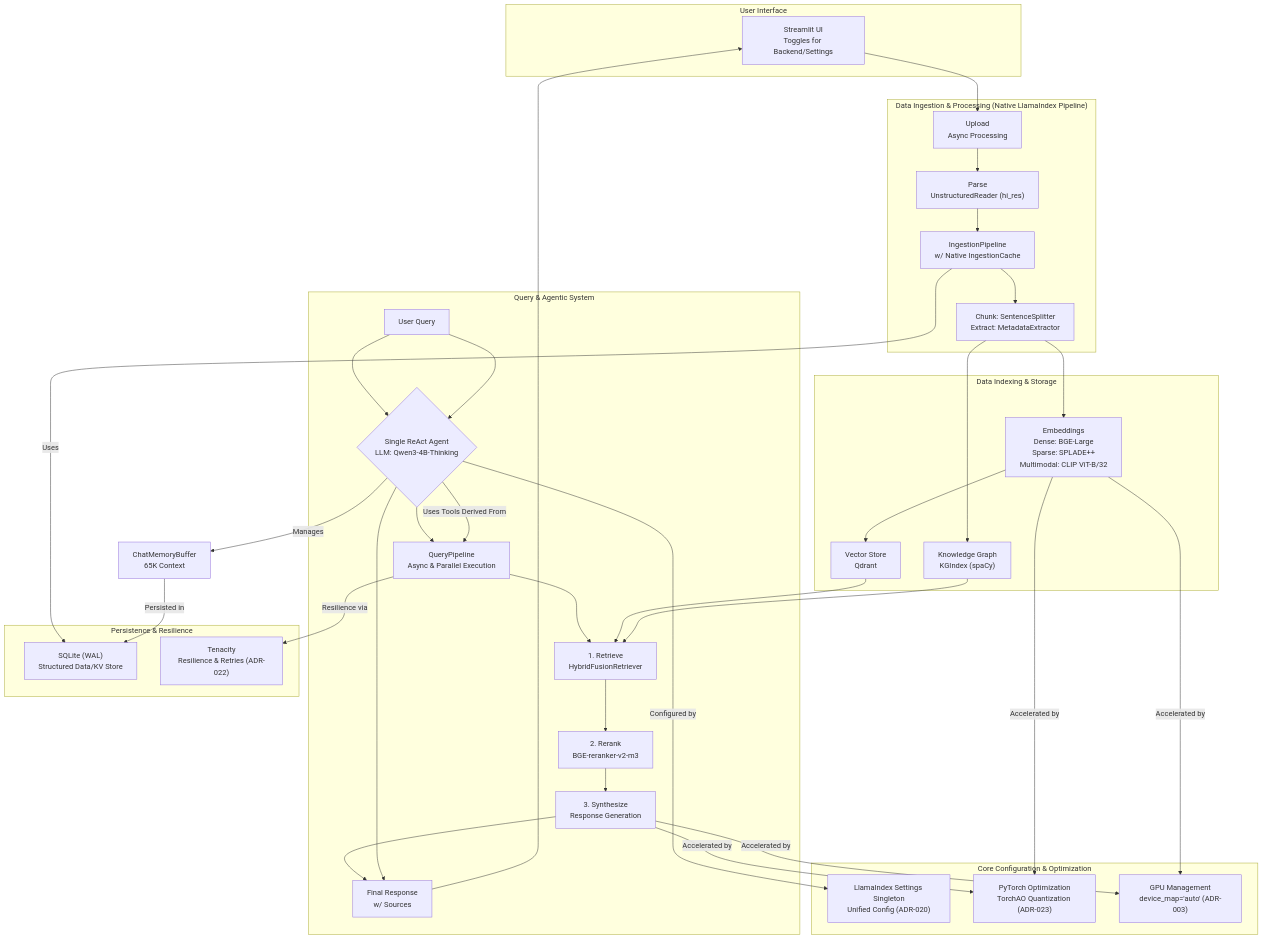
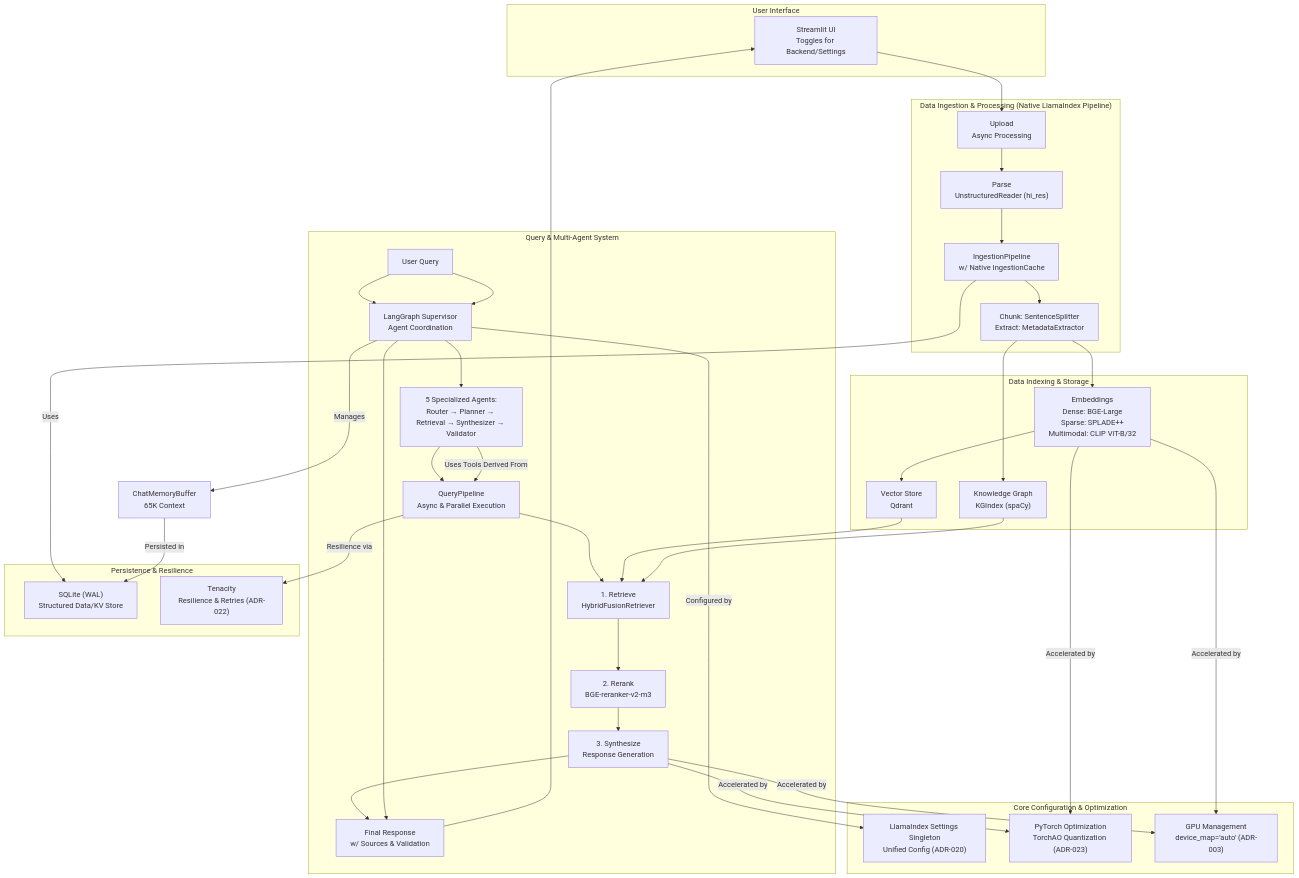
The diagram in docs/PRD.md (BjornMelin/docmind-ai-llm), drawn with Mermaid before and after one commit. The commit also changed other lines of this file and 1 other file, not shown here.

First line of the commit message:
docs: align README and PRD with 5-agent supervisor system from ADR-011

````diff
--- a/docs/PRD.md
+++ b/docs/PRD.md
@@ -88,57 +90,58 @@
 ```mermaid
 graph TD
     subgraph "User Interface"
         A["Streamlit UI<br/>Toggles for Backend/Settings"]
     end
 
     subgraph "Data Ingestion & Processing (Native LlamaIndex Pipeline)"
         B["Upload<br/>Async Processing"] --> C["Parse<br/>UnstructuredReader (hi_res)"]
         C --> D["IngestionPipeline<br/>w/ Native IngestionCache"]
         D --> E["Chunk: SentenceSplitter<br/>Extract: MetadataExtractor"]
     end
 
     subgraph "Data Indexing & Storage"
         E --> F["Embeddings<br/>Dense: BGE-Large<br/>Sparse: SPLADE++<br/>Multimodal: CLIP ViT-B/32"]
         F --> G["Vector Store<br/>Qdrant"]
         E --> H["Knowledge Graph<br/>KGIndex (spaCy)"]
     end
 
-    subgraph "Query & Agentic System"
-        I["User Query"] --> J{Single ReAct Agent<br/>LLM: Qwen3-4B-Thinking}
-        J --> K["QueryPipeline<br/>Async & Parallel Execution"]
-        K --> L["1. Retrieve<br/>HybridFusionRetriever"]
-        L --> M["2. Rerank<br/>BGE-reranker-v2-m3"]
-        M --> N["3. Synthesize<br/>Response Generation"]
-        N --> O["Final Response<br/>w/ Sources"]
+    subgraph "Query & Multi-Agent System"
+        I["User Query"] --> J["LangGraph Supervisor<br/>Agent Coordination"]
+        J --> K["5 Specialized Agents:<br/>Router → Planner → Retrieval → Synthesizer → Validator"]
+        K --> L["QueryPipeline<br/>Async & Parallel Execution"]
+        L --> M["1. Retrieve<br/>HybridFusionRetriever"]
+        M --> N["2. Rerank<br/>BGE-reranker-v2-m3"]
+        N --> O["3. Synthesize<br/>Response Generation"]
+        O --> P["Final Response<br/>w/ Sources & Validation"]
     end
     
     subgraph "Core Configuration & Optimization"
-        P["LlamaIndex Settings Singleton<br/>Unified Config (ADR-020)"]
-        Q["PyTorch Optimization<br/>TorchAO Quantization (ADR-023)"]
-        R["GPU Management<br/>device_map='auto' (ADR-003)"]
+        R["LlamaIndex Settings Singleton<br/>Unified Config (ADR-020)"]
+        S["PyTorch Optimization<br/>TorchAO Quantization (ADR-023)"]
+        T["GPU Management<br/>device_map='auto' (ADR-003)"]
     end
 
     subgraph "Persistence & Resilience"
-        S["SQLite (WAL)<br/>Structured Data/KV Store"]
-        T["Tenacity<br/>Resilience & Retries (ADR-022)"]
+        U["SQLite (WAL)<br/>Structured Data/KV Store"]
+        V["Tenacity<br/>Resilience & Retries (ADR-022)"]
     end
 
     %% Connections
     A --> B
     I --> J
-    J --> O --> A
+    J --> P --> A
     
-    G --> L
-    H --> L
+    G --> M
+    H --> M
 
-    J -- Uses Tools Derived From --> K
-    J -- Manages --> U[ChatMemoryBuffer<br/>65K Context]
+    K -- Uses Tools Derived From --> L
+    J -- Manages --> Q[ChatMemoryBuffer<br/>65K Context]
 
     %% Link to Core Systems
-    J -- Configured by --> P
-    F -- Accelerated by --> Q & R
-    N -- Accelerated by --> Q & R
-    D -- Uses --> S
-    U -- Persisted in --> S
-    K -- Resilience via --> T
+    J -- Configured by --> R
+    F -- Accelerated by --> S & T
+    O -- Accelerated by --> S & T
+    D -- Uses --> U
+    Q -- Persisted in --> U
+    L -- Resilience via --> V
 ```
````
